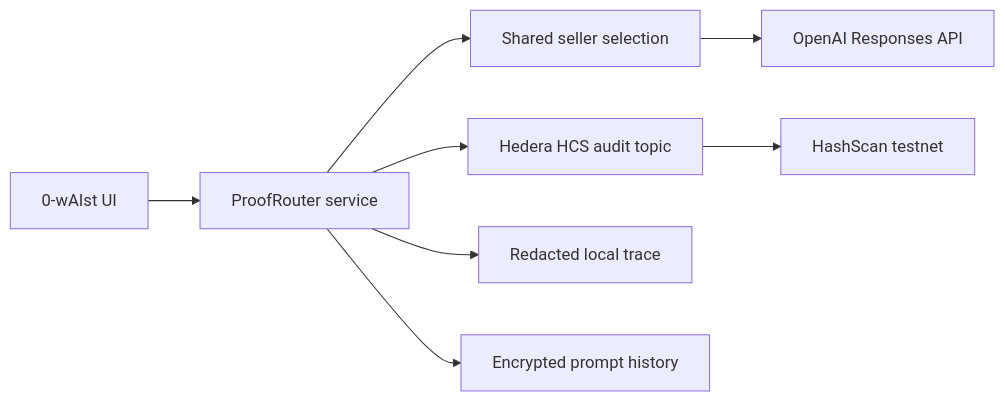
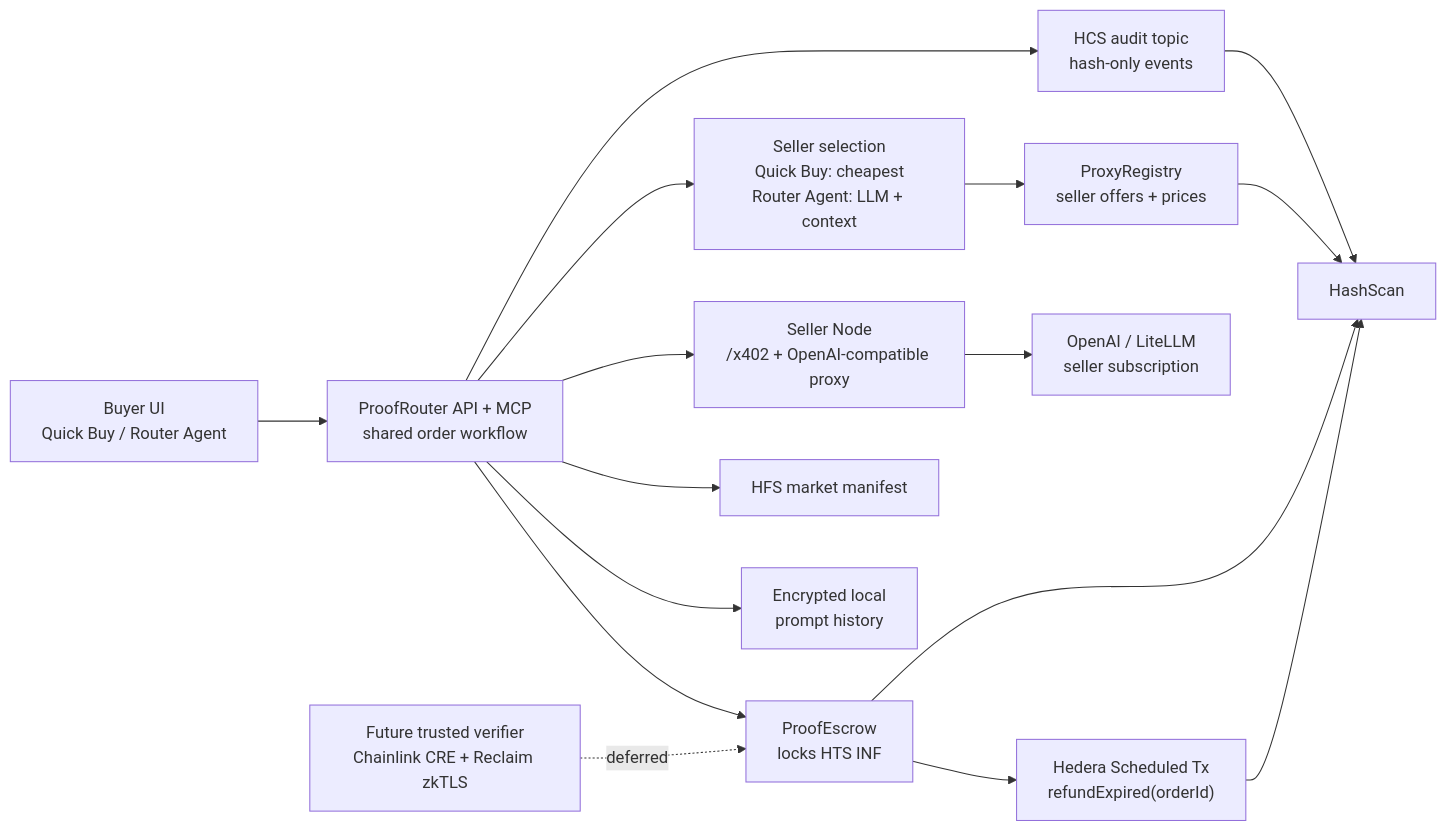
Before and after one commit to kirilligum/0-wAIst-hack-ethglobal-nyc-26: the first of 3 diagrams in README.md, drawn with Mermaid. The commit also changed other lines of this file and 2 other files, not shown here.

````diff
--- a/README.md
+++ b/README.md
@@ -67,10 +41,18 @@
 ```mermaid
 flowchart LR
-    UI["0-wAIst UI"] --> API["ProofRouter service"]
-    API --> SEL["Shared seller selection"]
-    SEL --> LLM["OpenAI Responses API"]
-    API --> HCS["Hedera HCS audit topic"]
-    API --> TRACE["Redacted local trace"]
-    API --> HIST["Encrypted prompt history"]
-    HCS --> HASHSCAN["HashScan testnet"]
+    Buyer["Buyer UI<br/>Quick Buy / Router Agent"] --> Router["ProofRouter API + MCP<br/>shared order workflow"]
+    Router --> Selector["Seller selection<br/>Quick Buy: cheapest<br/>Router Agent: LLM + context"]
+    Selector --> Registry["ProxyRegistry<br/>seller offers + prices"]
+    Router --> Escrow["ProofEscrow<br/>locks HTS INF"]
+    Escrow --> Refund["Hedera Scheduled Tx<br/>refundExpired(orderId)"]
+    Router --> Seller["Seller Node<br/>/x402 + OpenAI-compatible proxy"]
+    Seller --> Upstream["OpenAI / LiteLLM<br/>seller subscription"]
+    Router --> Audit["HCS audit topic<br/>hash-only events"]
+    Router --> Manifest["HFS market manifest"]
+    Router --> History["Encrypted local<br/>prompt history"]
+    Audit --> HashScan["HashScan"]
+    Registry --> HashScan
+    Escrow --> HashScan
+    Refund --> HashScan
+    CRE["Future trusted verifier<br/>Chainlink CRE + Reclaim zkTLS"] -. deferred .-> Escrow
 ```
````
